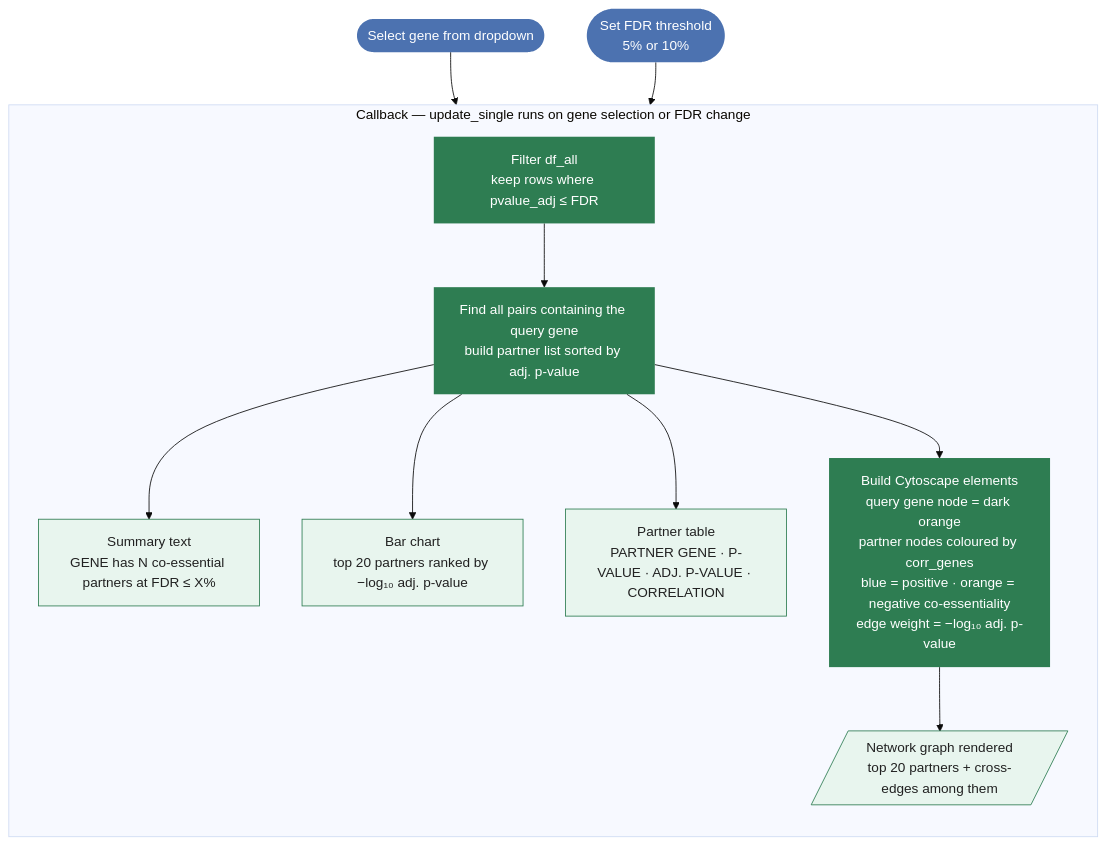
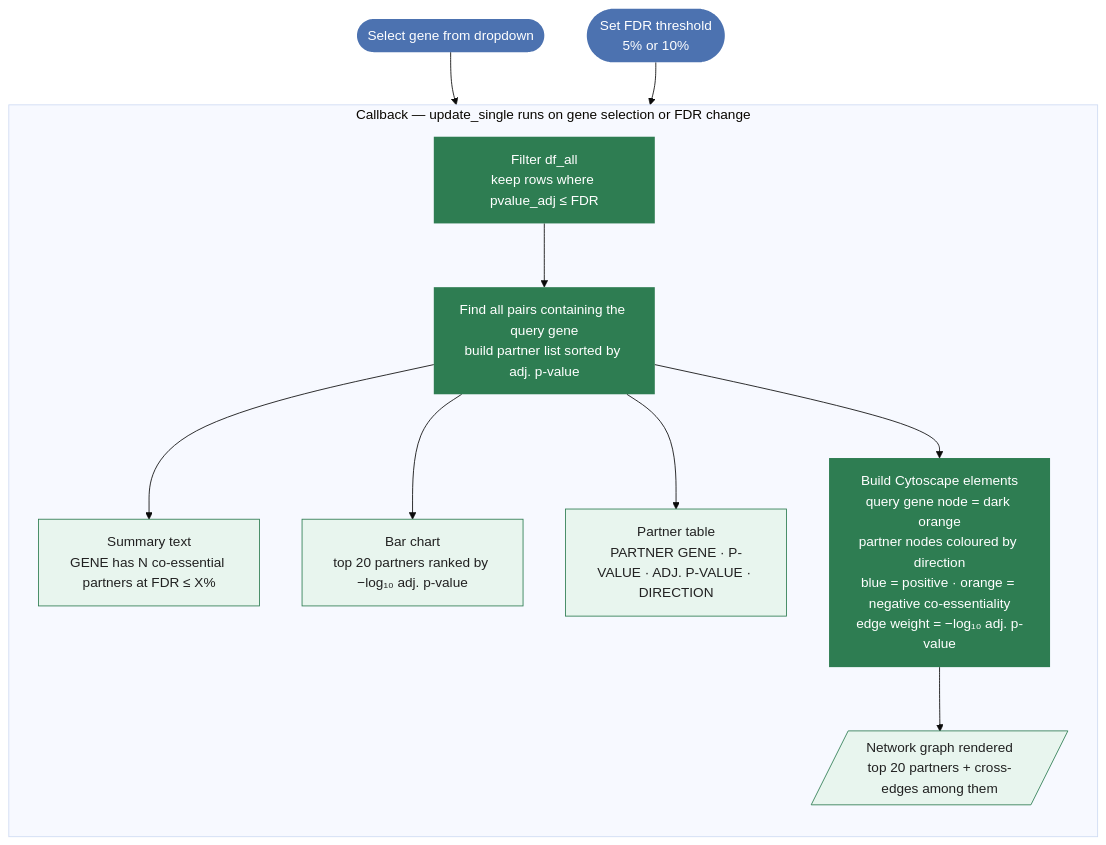
One commit to EMBL-EBI-ABC/PerturbationCatalogue changed the second of 3 diagrams in coessentiality_feature/documentation/single_gene_workflow.md. Above: the diagram before and after it, drawn with Mermaid (base theme). The commit also changed other lines of this file and 8 other files, not shown here.

````diff
--- a/coessentiality_feature/documentation/single_gene_workflow.md
+++ b/coessentiality_feature/documentation/single_gene_workflow.md
@@ -30,26 +30,26 @@
 ```mermaid
 flowchart TD
 
 classDef user  fill:#4C72B0,color:#fff,stroke:none,rx:16
 classDef fast  fill:#2E7D52,color:#fff,stroke:none
 classDef out   fill:#E8F5EE,color:#212121,stroke:#2E7D52
 
 A([Select gene from dropdown]):::user
 B([Set FDR threshold\n5% or 10%]):::user
 
 subgraph CB["Callback — update_single  runs on gene selection or FDR change"]
     direction TB
     C[Filter df_all\nkeep rows where pvalue_adj ≤ FDR]:::fast
     D[Find all pairs containing the query gene\nbuild partner list sorted by adj. p-value]:::fast
     C --> D
 
     D --> E[Summary text\nGENE has N co-essential partners at FDR ≤ X%]:::out
     D --> F[Bar chart\ntop 20 partners ranked by −log₁₀ adj. p-value]:::out
-    D --> G[Partner table\nPARTNER GENE · P-VALUE · ADJ. P-VALUE · CORRELATION]:::out
-    D --> H[Build Cytoscape elements\nquery gene node = dark orange\npartner nodes coloured by corr_genes\nblue = positive · orange = negative co-essentiality\nedge weight = −log₁₀ adj. p-value]:::fast
+    D --> G[Partner table\nPARTNER GENE · P-VALUE · ADJ. P-VALUE · DIRECTION]:::out
+    D --> H[Build Cytoscape elements\nquery gene node = dark orange\npartner nodes coloured by direction\nblue = positive · orange = negative co-essentiality\nedge weight = −log₁₀ adj. p-value]:::fast
     H --> I[/Network graph rendered\ntop 20 partners + cross-edges among them/]:::out
 end
 
 A --> C
 B --> C
 ```
````
